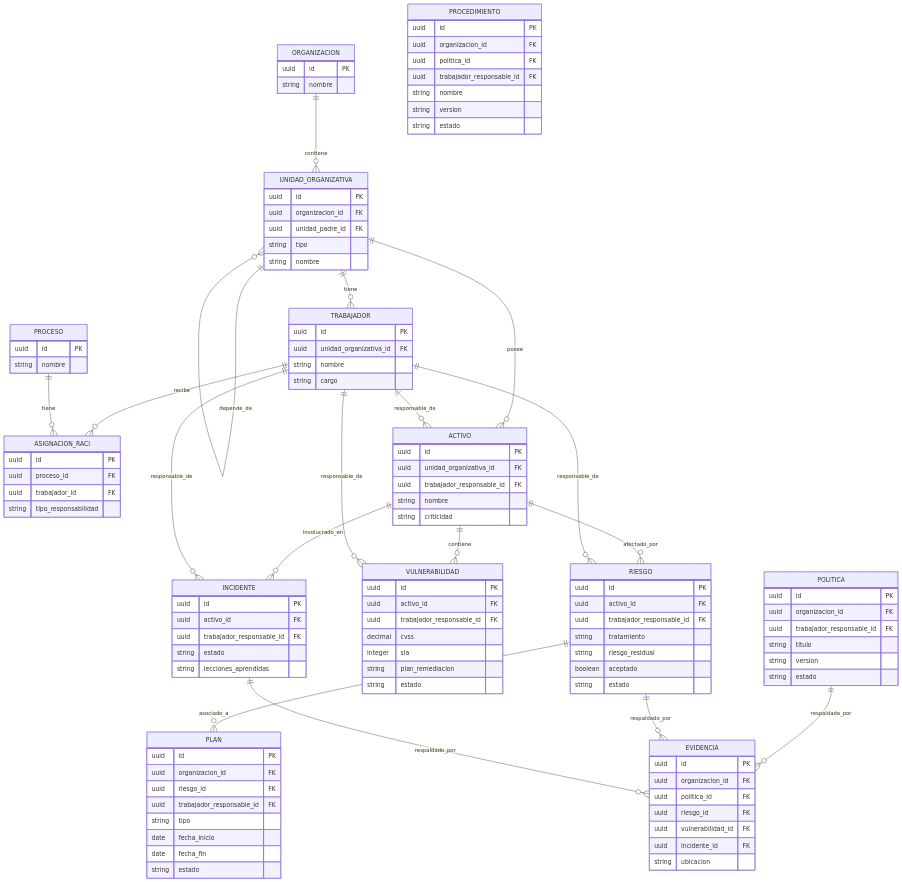
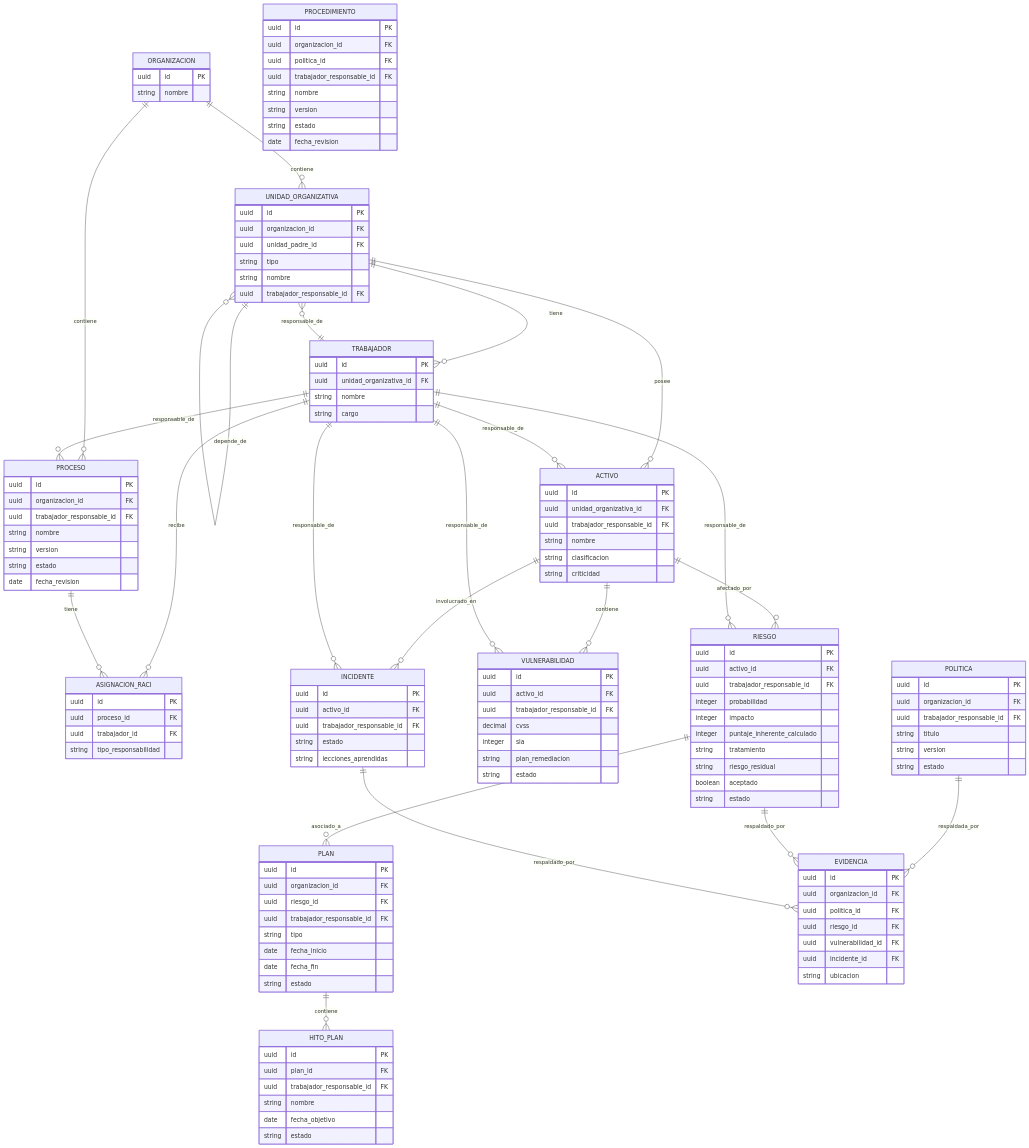
The third of 3 diagrams in docs/00-arquitectura.md (DieAndres/sistema-rsi), drawn with Mermaid before and after one commit. The commit also changed other lines of this file and 4 other files, not shown here.

````diff
--- a/docs/00-arquitectura.md
+++ b/docs/00-arquitectura.md
@@ -111,15 +113,19 @@
 ```mermaid
 erDiagram
     ORGANIZACION ||--o{ UNIDAD_ORGANIZATIVA : contiene
+    ORGANIZACION ||--o{ PROCESO : contiene
     UNIDAD_ORGANIZATIVA ||--o{ UNIDAD_ORGANIZATIVA : depende_de
     UNIDAD_ORGANIZATIVA ||--o{ TRABAJADOR : tiene
+    TRABAJADOR ||--o{ UNIDAD_ORGANIZATIVA : responsable_de
     TRABAJADOR ||--o{ ASIGNACION_RACI : recibe
+    TRABAJADOR ||--o{ PROCESO : responsable_de
     PROCESO ||--o{ ASIGNACION_RACI : tiene
     UNIDAD_ORGANIZATIVA ||--o{ ACTIVO : posee
     TRABAJADOR ||--o{ ACTIVO : responsable_de
     ACTIVO ||--o{ RIESGO : afectado_por
     TRABAJADOR ||--o{ RIESGO : responsable_de
     RIESGO ||--o{ PLAN : asociado_a
+    PLAN ||--o{ HITO_PLAN : contiene
     ACTIVO ||--o{ VULNERABILIDAD : contiene
     TRABAJADOR ||--o{ VULNERABILIDAD : responsable_de
     ACTIVO ||--o{ INCIDENTE : involucrado_en
@@ -138,6 +144,7 @@
         uuid unidad_padre_id FK
         string tipo
         string nombre
+        uuid trabajador_responsable_id FK
     }
     TRABAJADOR {
         uuid id PK
@@ -147,7 +154,12 @@
     }
     PROCESO {
         uuid id PK
+        uuid organizacion_id FK
+        uuid trabajador_responsable_id FK
         string nombre
+        string version
+        string estado
+        date fecha_revision
     }
     ASIGNACION_RACI {
         uuid id PK
@@ -160,15 +172,27 @@
         uuid unidad_organizativa_id FK
         uuid trabajador_responsable_id FK
         string nombre
+        string clasificacion
         string criticidad
     }
     RIESGO {
         uuid id PK
         uuid activo_id FK
         uuid trabajador_responsable_id FK
+        integer probabilidad
+        integer impacto
+        integer puntaje_inherente_calculado
         string tratamiento
         string riesgo_residual
         boolean aceptado
+        string estado
+    }
+    HITO_PLAN {
+        uuid id PK
+        uuid plan_id FK
+        uuid trabajador_responsable_id FK
+        string nombre
+        date fecha_objetivo
         string estado
     }
     VULNERABILIDAD {
@@ -203,6 +227,7 @@
         string nombre
         string version
         string estado
+        date fecha_revision
     }
     EVIDENCIA {
         uuid id PK
````
